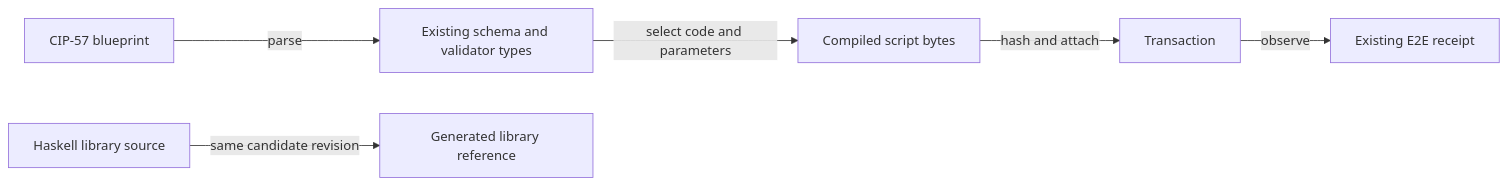
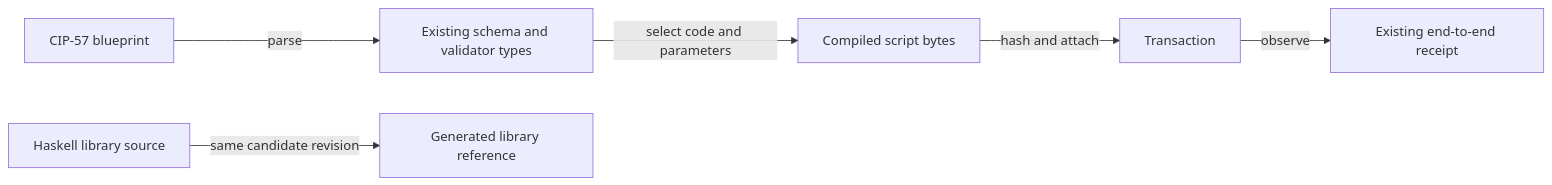
One commit to lambdasistemi/singular changed the diagram in specs/265-builder-blueprint-structure/data-model.md. Above: the diagram before and after it, drawn with Mermaid. The commit also changed other lines of this file and 497 other files, not shown here.

````diff
--- a/specs/265-builder-blueprint-structure/data-model.md
+++ b/specs/265-builder-blueprint-structure/data-model.md
@@ -6,8 +6,8 @@
 ```mermaid
 flowchart LR
     JSON[CIP-57 blueprint] -->|parse| Types[Existing schema and validator types]
     Types -->|select code and parameters| Script[Compiled script bytes]
     Script -->|hash and attach| Tx[Transaction]
-    Tx -->|observe| Receipt[Existing E2E receipt]
+    Tx -->|observe| Receipt[Existing end-to-end receipt]
     Source[Haskell library source] -->|same candidate revision| API[Generated library reference]
 ```
````
